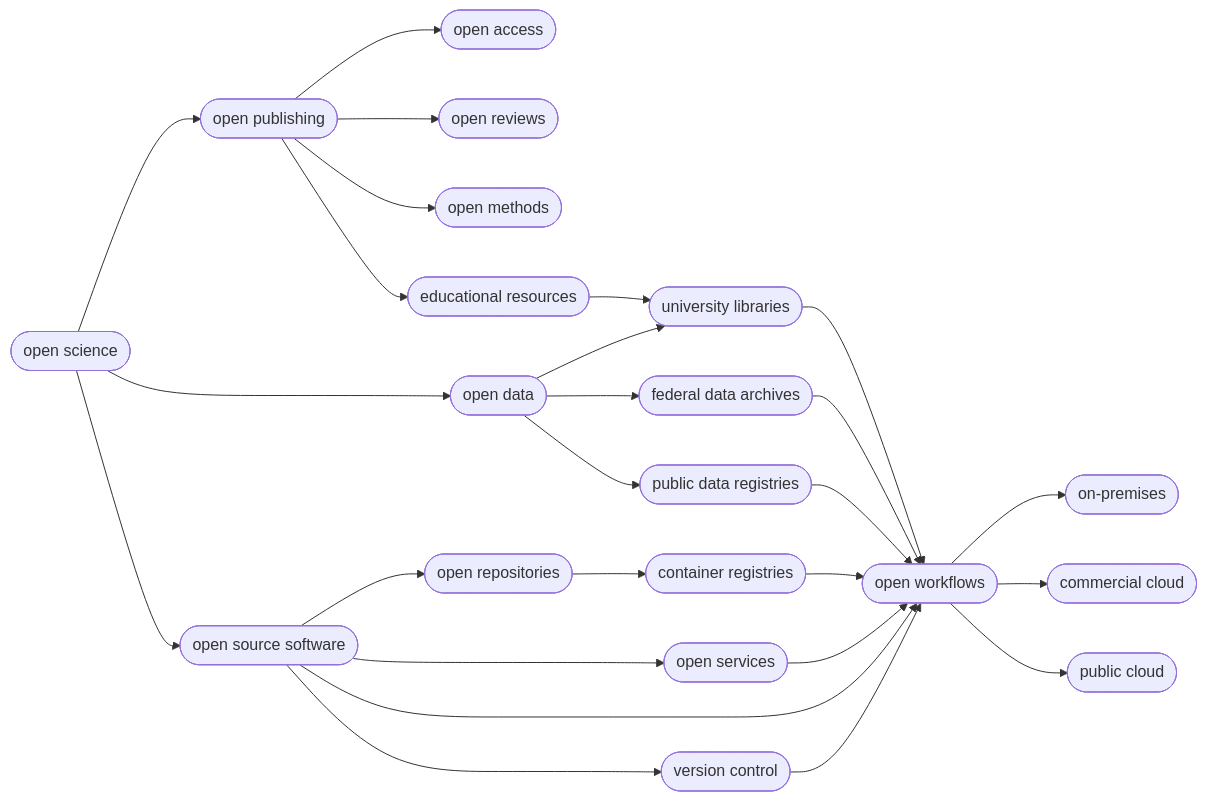
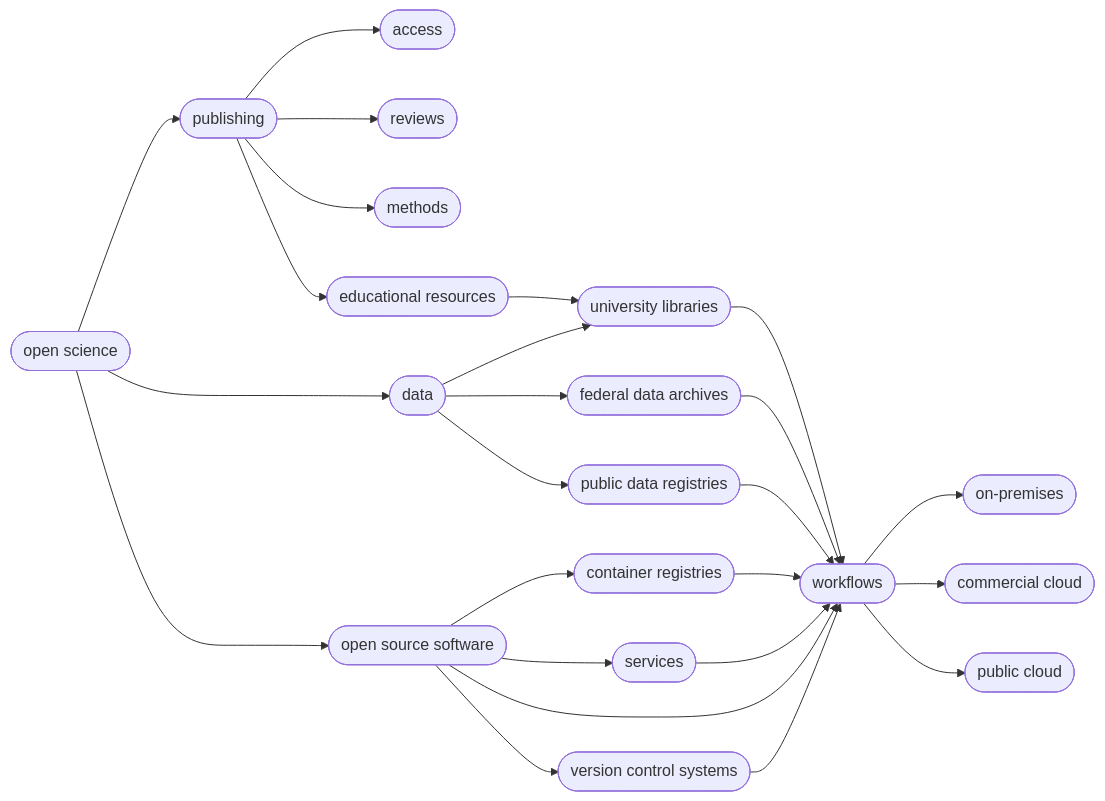
The diagram in docs/01_intro_open_sci.md (CyVerse-learning-materials/foss), drawn with Mermaid before and after one commit. The commit also changed other lines of this file and 2 other files, not shown here.

````diff
--- a/docs/01_intro_open_sci.md
+++ b/docs/01_intro_open_sci.md
@@ -62,30 +54,28 @@
 ``` mermaid
 flowchart LR
 
-id1([open science]) --> id3([open publishing]) & id4([open data]) & id5([open tools])
+id1([open science]) --> id3([publishing]) & id4([data]) & id5([open source software])
 
-id3([open publishing]) -->  id41([open access]) & id42([open reviews]) & id43([open methods]) & id44([educational resources]) 
+id3([publishing]) -->  id41([access]) & id42([reviews]) & id43([methods]) & id44([educational resources]) 
 
-id5([open source software]) --> id8([open repositories]) & id10([open services]) & id101([open workflows]) & id12([version control systems])
+id5([open source software]) --> id13([container registries]) & id10([services]) & id101([workflows]) & id12([version control systems])
 
-id8([open repositories]) -->  id13([container registries])
+id12([version control systems]) --> id101([workflows])
 
-id12([version control]) --> id101([open workflows])
+id13([container registries]) --> id101([workflows])
 
-id13([container registries]) --> id101([open workflows])
+id14([public data registry]) --> id101([workflows])
 
-id14([public data registry]) --> id101([open workflows])
-
-id10([open services]) --> id101([open workflows]) 
+id10([services]) --> id101([workflows]) 
 
 id44([educational resources]) --> id21([university libraries])
 
-id21([university libraries]) --> id101([open workflows])
+id21([university libraries]) --> id101([workflows])
 
-id22([federal data archives]) --> id101([open workflows]) 
+id22([federal data archives]) --> id101([workflows]) 
 
-id4([open data]) --> id21([university libraries]) & id22([federal data archives]) & id14([public data registries]) 
+id4([data]) --> id21([university libraries]) & id22([federal data archives]) & id14([public data registries]) 
 
-id101([open workflows]) --> id15([on-premises]) & id16([commercial cloud]) & id17([public cloud])
+id101([workflows]) --> id15([on-premises]) & id16([commercial cloud]) & id17([public cloud])
 
 ```
````
